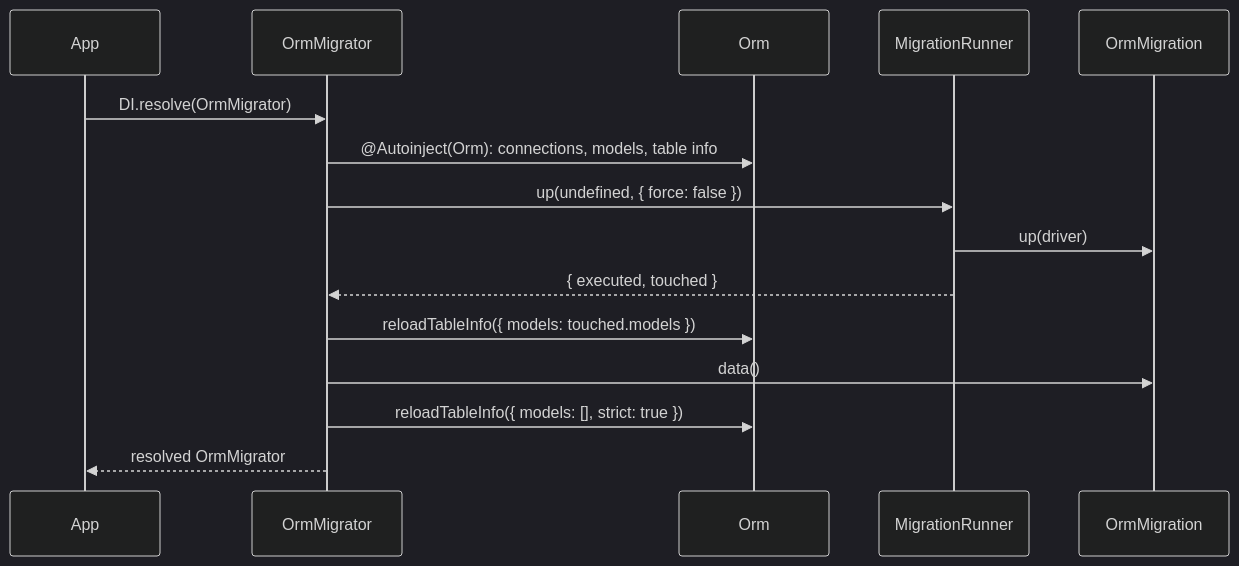
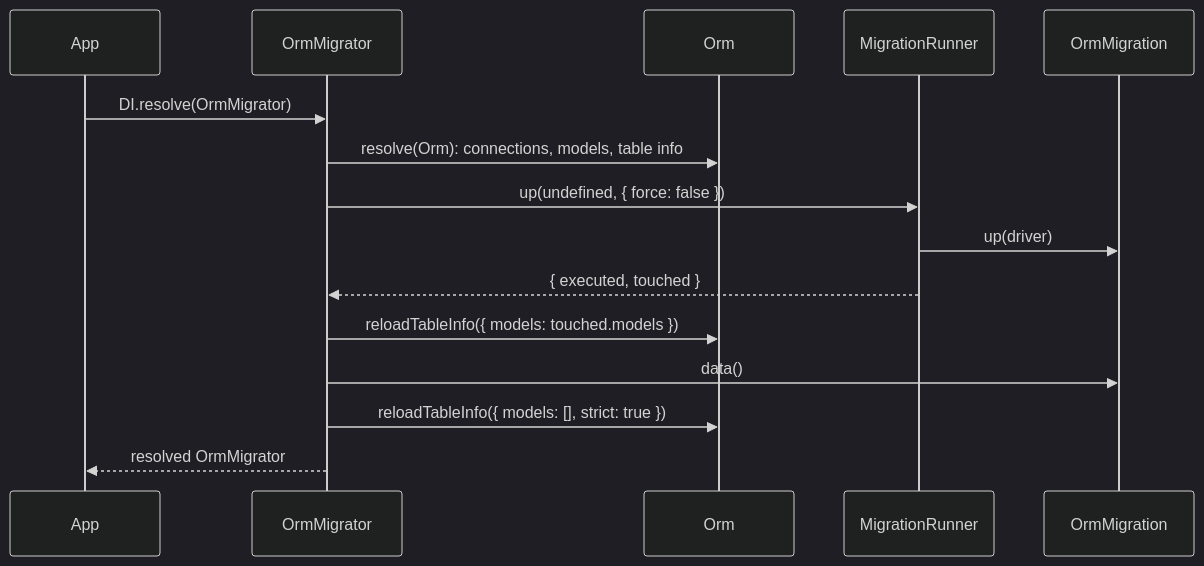
The first of 2 diagrams in docs/orm/10-migrations.md (spinajs/main), drawn with Mermaid (dark theme) before and after one commit. The commit also changed other lines of this file and 8 other files, not shown here.

First line of the commit message:
fix(orm): Orm.resolve() keeps the table check of connections migrated before boot

````diff
--- a/docs/orm/10-migrations.md
+++ b/docs/orm/10-migrations.md
@@ -30,17 +31,17 @@
 ```mermaid
 sequenceDiagram
   participant App
   participant Mg as OrmMigrator
   participant Orm
   participant R as MigrationRunner
   participant M as OrmMigration
   App->>Mg: DI.resolve(OrmMigrator)
-  Mg->>Orm: @Autoinject(Orm): connections, models, table info
+  Mg->>Orm: resolve(Orm): connections, models, table info
   Mg->>R: up(undefined, { force: false })
   R->>M: up(driver)
   R-->>Mg: { executed, touched }
   Mg->>Orm: reloadTableInfo({ models: touched.models })
   Mg->>M: data()
   Mg->>Orm: reloadTableInfo({ models: [], strict: true })
   Mg-->>App: resolved OrmMigrator
 ```
````
